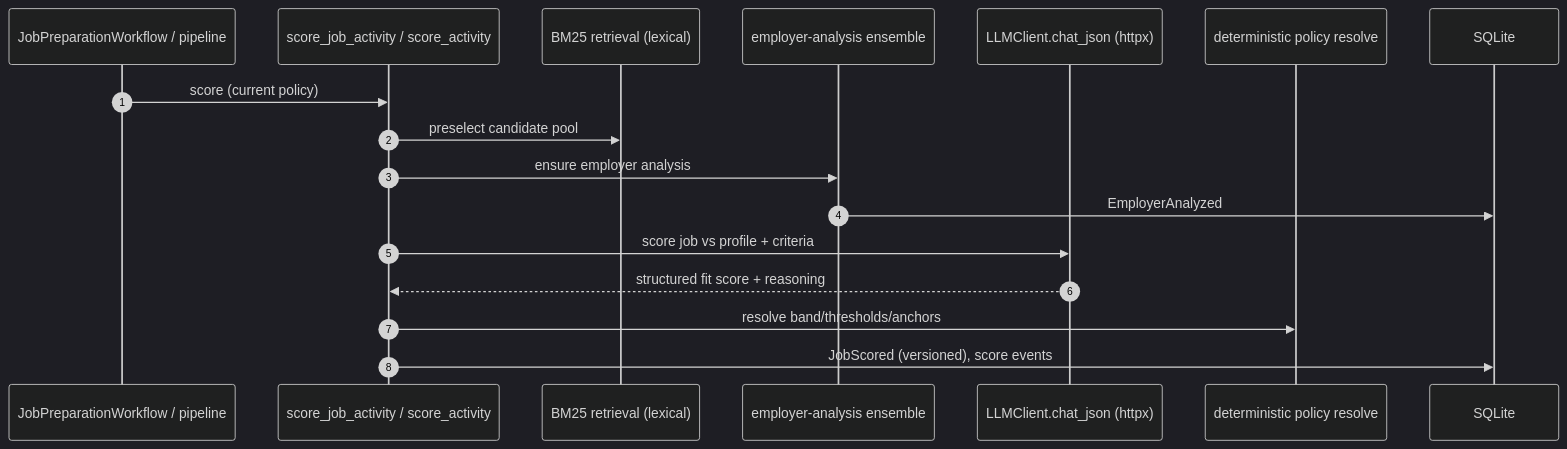
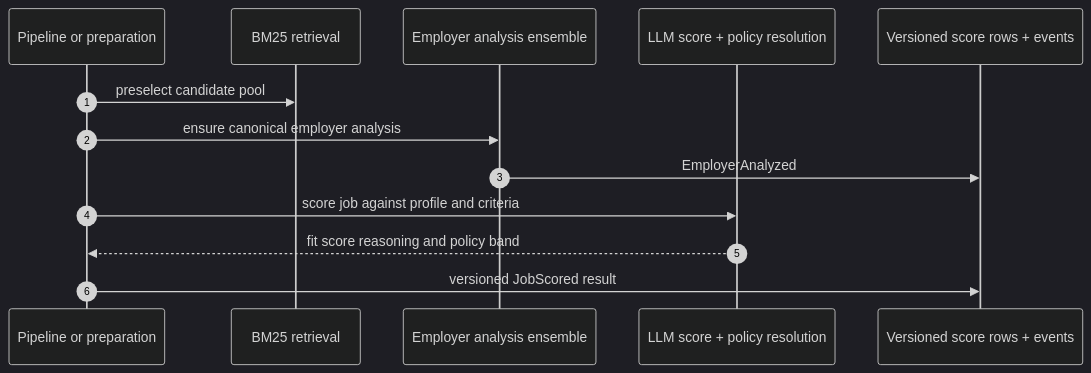
Before and after one commit to ebarti/JobCtrl: the fifth of 7 diagrams in docs/architecture/pipeline/stages.md, drawn with Mermaid (dark theme). The commit also changed other lines of this file and 46 other files, not shown here.

````diff
--- a/docs/architecture/pipeline/stages.md
+++ b/docs/architecture/pipeline/stages.md
@@ -247,20 +235,16 @@
 ```mermaid
 sequenceDiagram
     autonumber
-    participant Prep as JobPreparationWorkflow / pipeline
-    participant Act as score_job_activity / score_activity
-    participant Retr as BM25 retrieval (lexical)
-    participant Ens as employer-analysis ensemble
-    participant LLM as LLMClient.chat_json (httpx)
-    participant Pol as deterministic policy resolve
-    participant DB as SQLite
+    participant Prep as Pipeline or preparation
+    participant Retr as BM25 retrieval
+    participant Analyze as Employer analysis ensemble
+    participant Score as LLM score + policy resolution
+    participant Store as Versioned score rows + events
 
-    Prep->>Act: score (current policy)
-    Act->>Retr: preselect candidate pool
-    Act->>Ens: ensure employer analysis
-    Ens->>DB: EmployerAnalyzed
-    Act->>LLM: score job vs profile + criteria
-    LLM-->>Act: structured fit score + reasoning
-    Act->>Pol: resolve band/thresholds/anchors
-    Act->>DB: JobScored (versioned), score events
+    Prep->>Retr: preselect candidate pool
+    Prep->>Analyze: ensure canonical employer analysis
+    Analyze->>Store: EmployerAnalyzed
+    Prep->>Score: score job against profile and criteria
+    Score-->>Prep: fit score reasoning and policy band
+    Prep->>Store: versioned JobScored result
 ```
````
